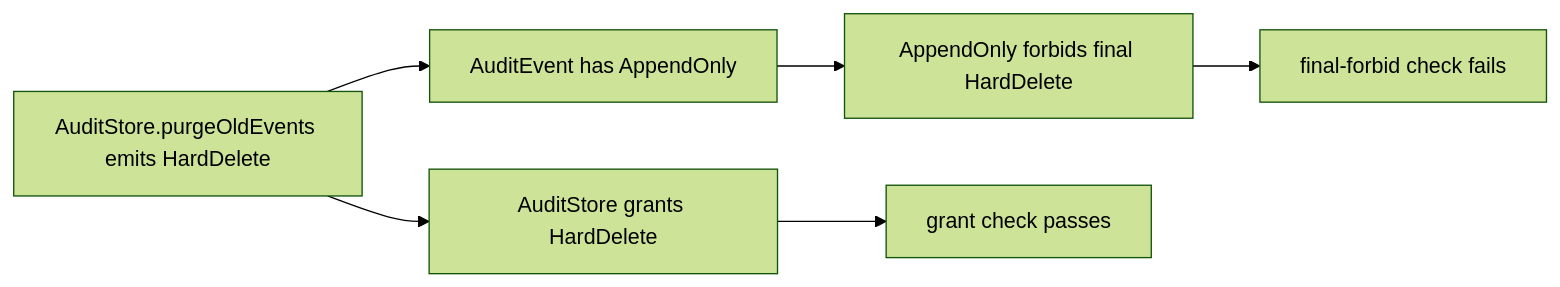
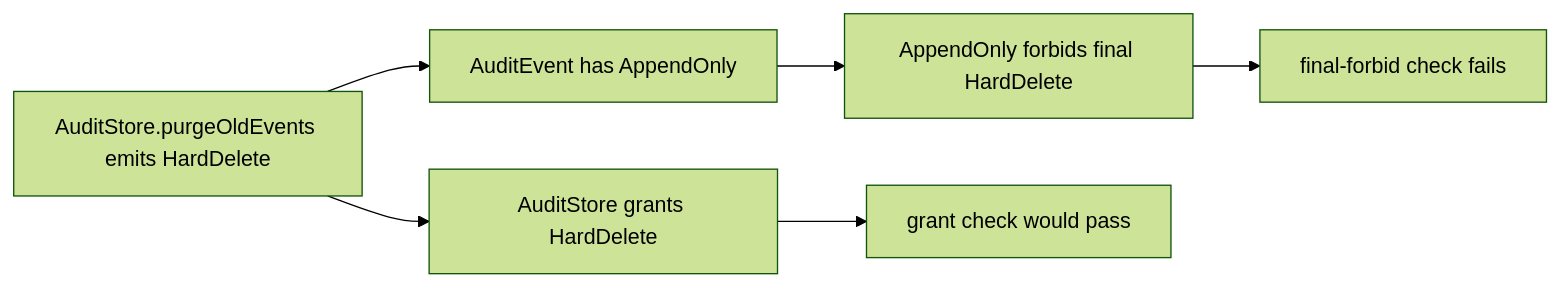
One commit to timbrinded/shapelang changed the second of 2 diagrams in docs-site/src/content/docs/inside-shape/rule-evaluation.md. Above: the diagram before and after it, drawn with Mermaid (forest theme). The commit also changed other lines of this file and 40 other files, not shown here.

````diff
--- a/docs-site/src/content/docs/inside-shape/rule-evaluation.md
+++ b/docs-site/src/content/docs/inside-shape/rule-evaluation.md
@@ -95,8 +99,8 @@
 ```mermaid
 flowchart LR
   A["AuditStore.purgeOldEvents emits HardDelete"] --> B["AuditStore grants HardDelete"]
   A --> C["AuditEvent has AppendOnly"]
   C --> D["AppendOnly forbids final HardDelete"]
-  B --> E["grant check passes"]
+  B --> E["grant check would pass"]
   D --> F["final-forbid check fails"]
 ```
````
